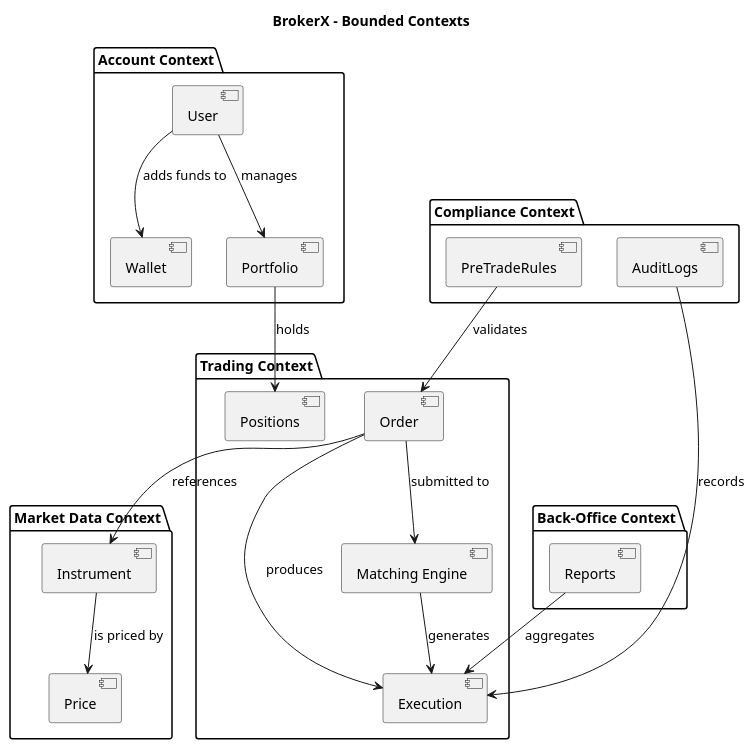
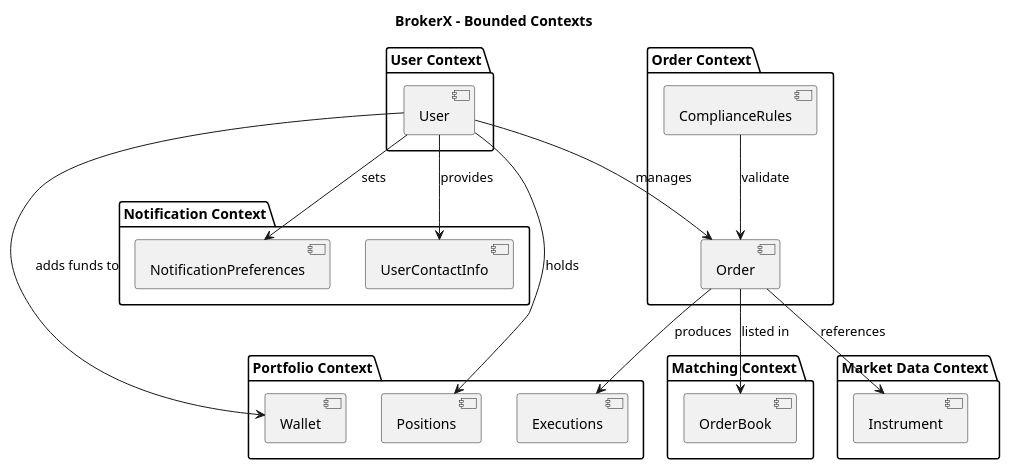
Before and after one commit to cjayneb/log430-project: the diagram in docs/bounded_context.puml, drawn with PlantUML. The commit also changed 23 other files, not shown here.

```diff
--- a/docs/bounded_context.puml
+++ b/docs/bounded_context.puml
@@ -1,50 +1,47 @@
 @startuml
 title BrokerX - Bounded Contexts
 
-package "Trading Context" {
+package "Order Context" {
   [Order]
-  [Execution]
-  [Matching Engine]
-  [Positions]
+  [ComplianceRules]
 }
 
 package "Market Data Context" {
   [Instrument]
-  [Price]
 }
 
-package "Account Context" {
+package "User Context" {
   [User]
-  [Wallet]
-  [Portfolio]
 }
 
-package "Compliance Context" {
-  [AuditLogs]
-  [PreTradeRules]
+package "Portfolio Context" {
+  [Executions]
+  [Positions]
+  [Wallet]
 }
 
-package "Back-Office Context" {
-  [Execution]
-  [Reports]
+package "Matching Context" {
+  [OrderBook]
+}
+
+package "Notification Context" {
+  [NotificationPreferences]
+  [UserContactInfo]
 }
 
 ' Relationships
-[Order] --> [Execution] : produces
-[Order] --> [Matching Engine] : submitted to
-[Matching Engine] --> [Execution] : generates
+[Order] --> [Executions] : produces
+[Order] --> [OrderBook] : listed in
 
 [Order] --> [Instrument] : references
-[Portfolio] --> [Positions] : holds
+[User] --> [Positions] : holds
 
 [User] --> [Wallet] : adds funds to
-[User] --> [Portfolio] : manages
+[User] --> [Order] : manages
 
-[AuditLogs] --> [Execution] : records
+[ComplianceRules] --> [Order] : validate
 
-[Reports] --> [Execution] : aggregates
-
-[PreTradeRules] --> [Order] : validates
-[Instrument] --> [Price] : is priced by
+[User] --> [NotificationPreferences] : sets
+[User] --> [UserContactInfo] : provides
 
 @enduml
```
